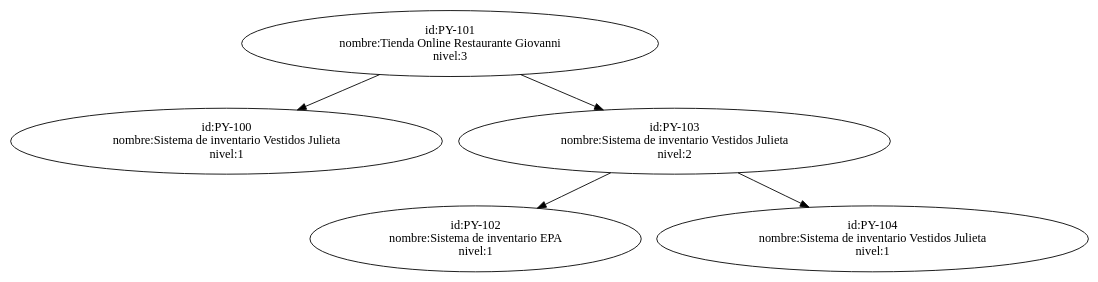
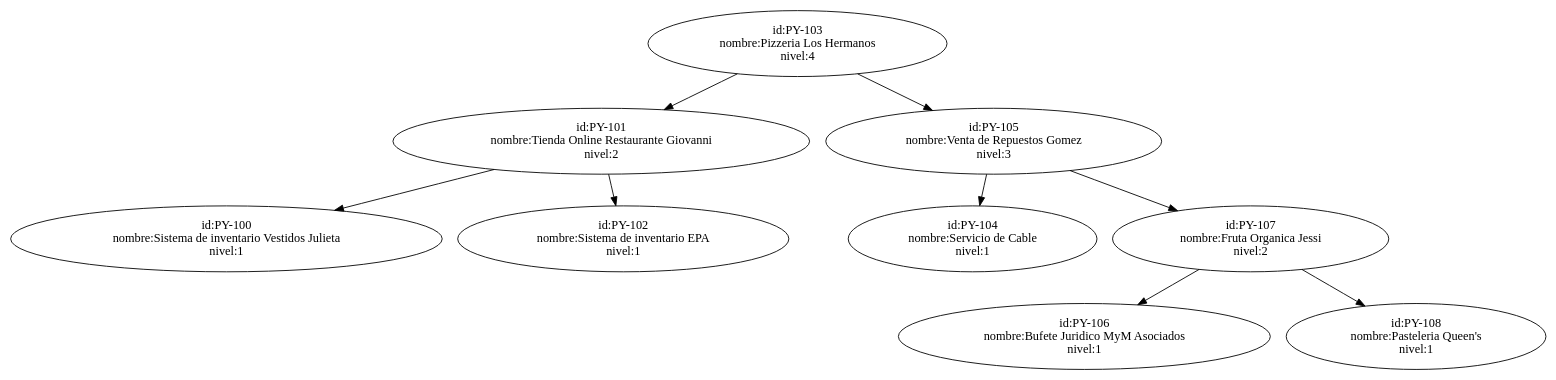
Before and after one commit to DDanielABF/EDD_2S2023_PY2_202004783: the diagram in EDD_PY1_FASE2/arbolAVL.dot, drawn with Graphviz. The commit also changed 12 other files, not shown here.

```diff
--- a/EDD_PY1_FASE2/arbolAVL.dot
+++ b/EDD_PY1_FASE2/arbolAVL.dot
@@ -1,36 +1,68 @@
-digraph arbolAVL {"id:PY-101
+digraph arbolAVL {"id:PY-103
+nombre:Pizzeria Los Hermanos
+nivel:4" ;
+x1 [label="",width=.1,style=invis];
+"id:PY-103
+nombre:Pizzeria Los Hermanos
+nivel:4" -> "id:PY-101
 nombre:Tienda Online Restaurante Giovanni
-nivel:3" ;
-x1 [label="",width=.1,style=invis];
+nivel:2" ;
+x2 [label="",width=.1,style=invis];
 "id:PY-101
 nombre:Tienda Online Restaurante Giovanni
-nivel:3" -> "id:PY-100
+nivel:2" -> "id:PY-100
 nombre:Sistema de inventario Vestidos Julieta
 nivel:1" ;
  "id:PY-101
 nombre:Tienda Online Restaurante Giovanni
-nivel:3" -> "id:PY-103
-nombre:Sistema de inventario Vestidos Julieta
-nivel:2" ;
-x2 [label="",width=.1,style=invis];
-"id:PY-103
-nombre:Sistema de inventario Vestidos Julieta
 nivel:2" -> "id:PY-102
 nombre:Sistema de inventario EPA
 nivel:1" ;
- "id:PY-103
-nombre:Sistema de inventario Vestidos Julieta
-nivel:2" -> "id:PY-104
-nombre:Sistema de inventario Vestidos Julieta
-nivel:1" ;
-{rank=same"id:PY-102
-nombre:Sistema de inventario EPA
-nivel:1" -> "id:PY-104
-nombre:Sistema de inventario Vestidos Julieta
-nivel:1" [style=invis]; } 
 {rank=same"id:PY-100
 nombre:Sistema de inventario Vestidos Julieta
-nivel:1" -> "id:PY-103
-nombre:Sistema de inventario Vestidos Julieta
+nivel:1" -> "id:PY-102
+nombre:Sistema de inventario EPA
+nivel:1" [style=invis]; } 
+ "id:PY-103
+nombre:Pizzeria Los Hermanos
+nivel:4" -> "id:PY-105
+nombre:Venta de Repuestos Gomez
+nivel:3" ;
+x2 [label="",width=.1,style=invis];
+"id:PY-105
+nombre:Venta de Repuestos Gomez
+nivel:3" -> "id:PY-104
+nombre:Servicio de Cable
+nivel:1" ;
+ "id:PY-105
+nombre:Venta de Repuestos Gomez
+nivel:3" -> "id:PY-107
+nombre:Fruta Organica Jessi
+nivel:2" ;
+x3 [label="",width=.1,style=invis];
+"id:PY-107
+nombre:Fruta Organica Jessi
+nivel:2" -> "id:PY-106
+nombre:Bufete Juridico MyM Asociados
+nivel:1" ;
+ "id:PY-107
+nombre:Fruta Organica Jessi
+nivel:2" -> "id:PY-108
+nombre:Pasteleria Queen's
+nivel:1" ;
+{rank=same"id:PY-106
+nombre:Bufete Juridico MyM Asociados
+nivel:1" -> "id:PY-108
+nombre:Pasteleria Queen's
+nivel:1" [style=invis]; } 
+{rank=same"id:PY-104
+nombre:Servicio de Cable
+nivel:1" -> "id:PY-107
+nombre:Fruta Organica Jessi
 nivel:2" [style=invis]; } 
+{rank=same"id:PY-101
+nombre:Tienda Online Restaurante Giovanni
+nivel:2" -> "id:PY-105
+nombre:Venta de Repuestos Gomez
+nivel:3" [style=invis]; } 
 }
```
